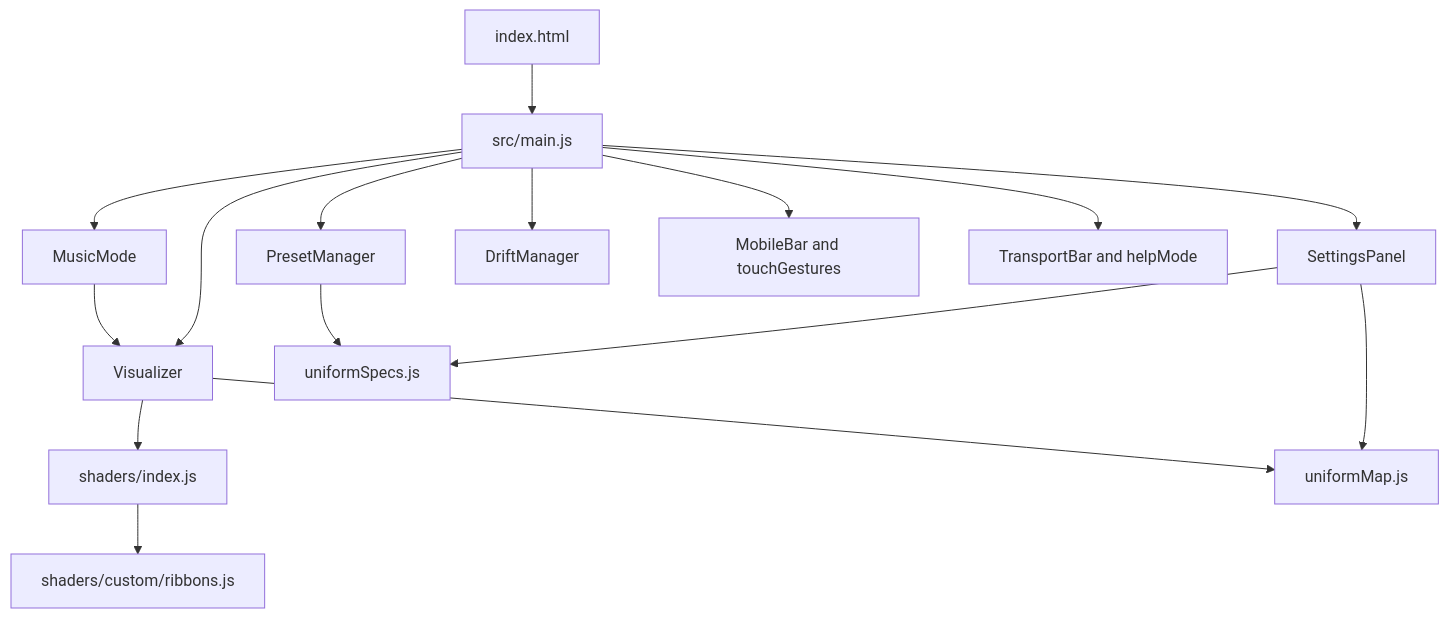
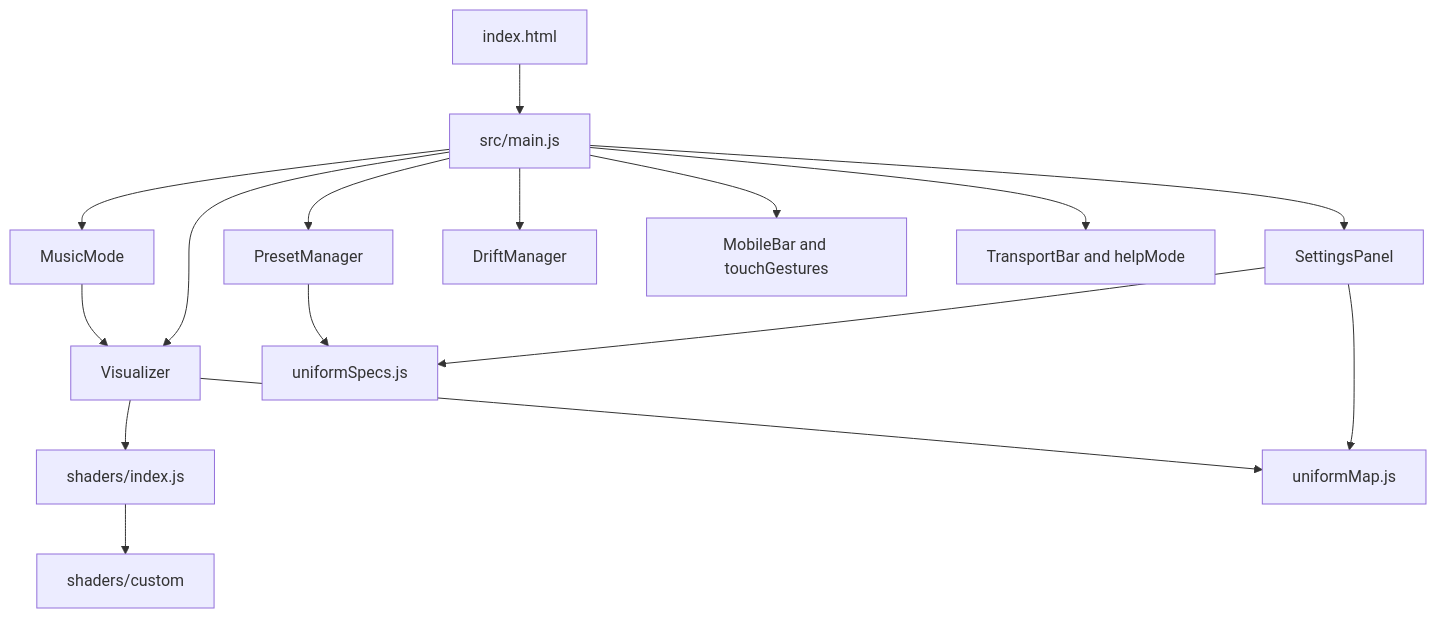
The diagram in README.md (muffinmaker/lobby-visualizer-s2626), drawn with Mermaid before and after one commit. The commit also changed other lines of this file and 22 other files, not shown here.

````diff
--- a/README.md
+++ b/README.md
@@ -67,32 +69,32 @@
 ```mermaid
 flowchart TD
   html[index.html]
   main[src/main.js]
   viz[Visualizer]
   shaders[shaders/index.js]
-  custom[shaders/custom/ribbons.js]
+  custom[shaders/custom]
   settings[SettingsPanel]
   presets[PresetManager]
   specs[uniformSpecs.js]
   map[uniformMap.js]
   music[MusicMode]
   drift[DriftManager]
   phone[MobileBar and touchGestures]
   desk[TransportBar and helpMode]
 
   html --> main
   main --> viz
   main --> settings
   main --> presets
   main --> music
   main --> drift
   main --> phone
   main --> desk
   viz --> shaders
   shaders --> custom
   settings --> specs
   settings --> map
   viz --> map
   presets --> specs
   music --> viz
 ```
````
